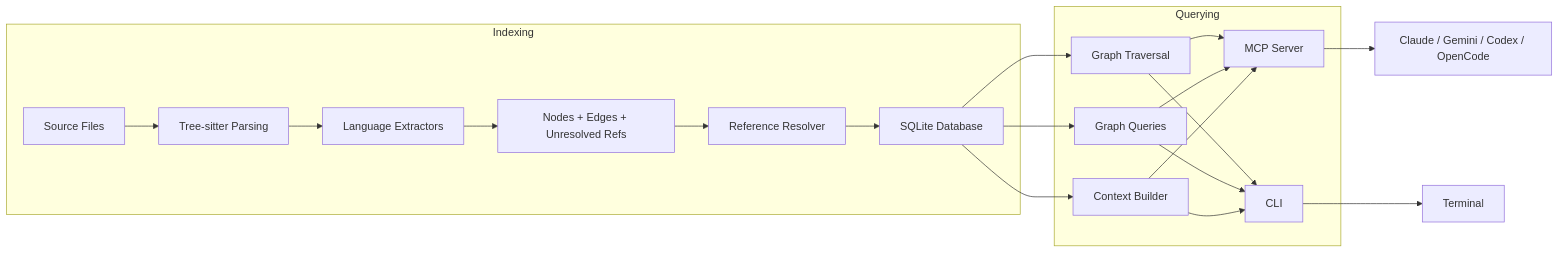
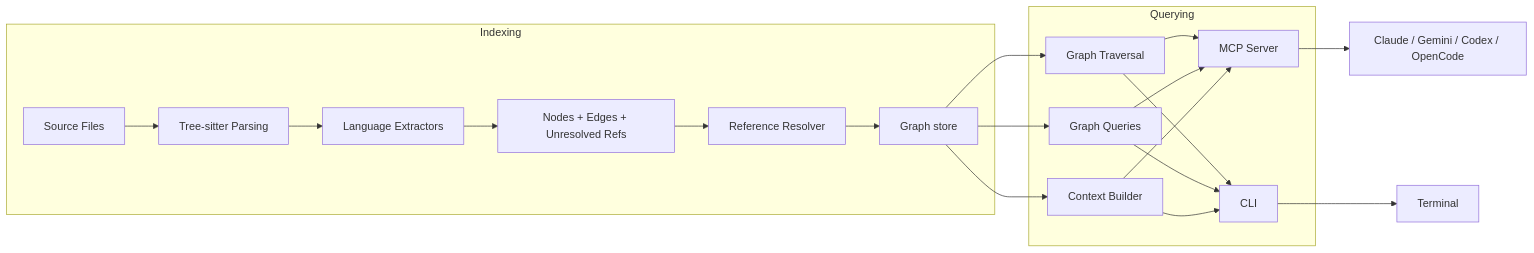
One commit to ScriptedAlchemy/tracedecay changed the first of 2 diagrams in docs/DESIGN-DOC.md. Above: the diagram before and after it, drawn with Mermaid. The commit also changed other lines of this file and 312 other files, not shown here.

````diff
--- a/docs/DESIGN-DOC.md
+++ b/docs/DESIGN-DOC.md
@@ -14,25 +16,25 @@
 ```mermaid
 graph LR
     subgraph Indexing
         A[Source Files] --> B[Tree-sitter Parsing]
         B --> C[Language Extractors]
         C --> D[Nodes + Edges + Unresolved Refs]
         D --> E[Reference Resolver]
-        E --> F[SQLite Database]
+        E --> F[Graph store]
     end
 
     subgraph Querying
         F --> G[Graph Traversal]
         F --> H[Graph Queries]
         F --> I[Context Builder]
         G --> J[MCP Server]
         H --> J
         I --> J
         G --> K[CLI]
         H --> K
         I --> K
     end
 
     J --> L[Claude / Gemini / Codex / OpenCode]
     K --> M[Terminal]
 ```
````
